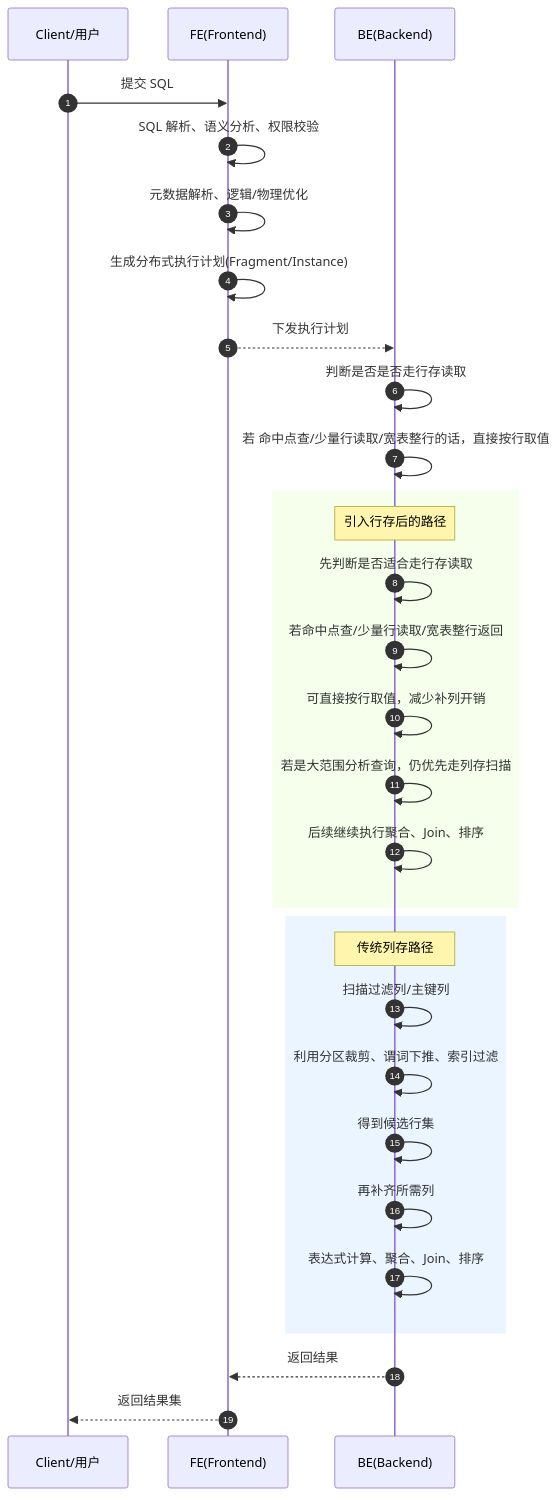
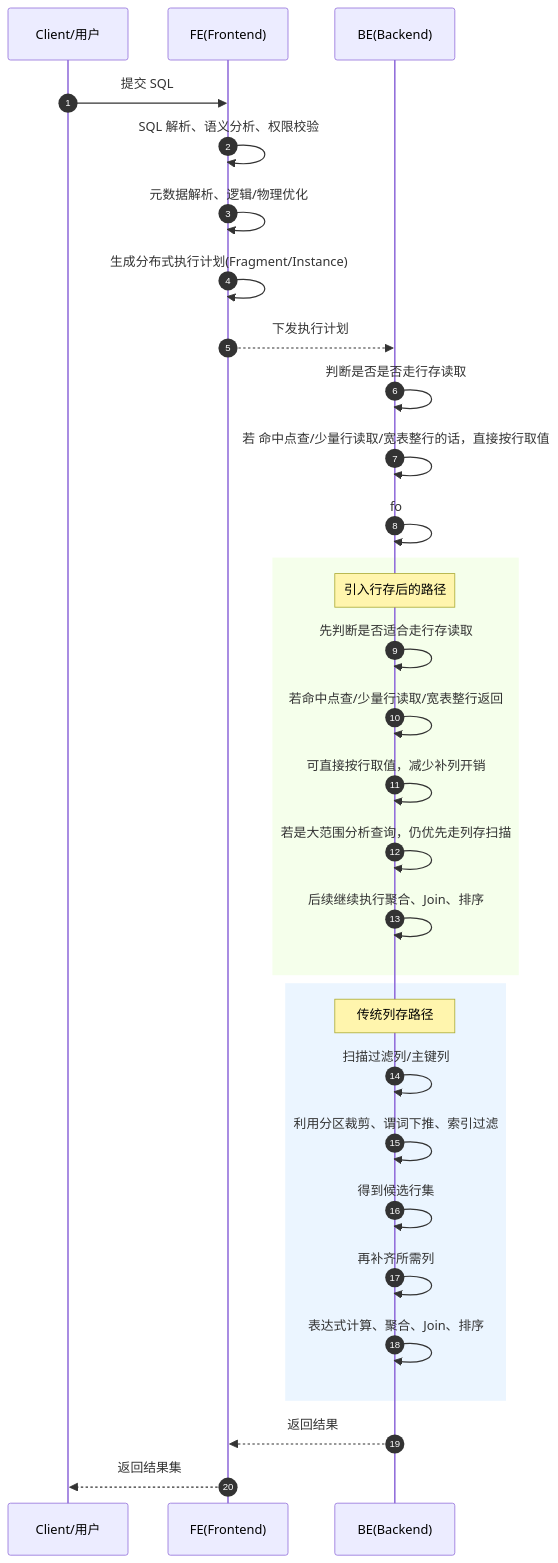
One commit to HY-10-8/iodraw-files changed the diagram in all/未命名-4.md. Above: the diagram before and after it, drawn with Mermaid.

Commit message:
2026-04-22 17:46:06 update

````diff
--- a/all/未命名-4.md
+++ b/all/未命名-4.md
@@ -1,52 +1,52 @@
 ```mermaid
 sequenceDiagram
     autonumber
 
     participant Client as Client/用户
     participant FE as FE(Frontend)
     participant BE as BE(Backend)
     
     Client->>FE: 提交 SQL
     FE->>FE: SQL 解析、语义分析、权限校验
     FE->>FE: 元数据解析、逻辑/物理优化
     FE->>FE: 生成分布式执行计划(Fragment/Instance)
     FE-->>BE: 下发执行计划
 
     BE->>BE: 判断是否是否走行存读取
     BE->>BE: 若 命中点查/少量行读取/宽表整行的话，直接按行取值
-    
+    BE->>BE: fo
 
 
 
 
     rect rgb(245,255,235)
         Note over BE: 引入行存后的路径
         BE->>BE: 先判断是否适合走行存读取
         BE->>BE: 若命中点查/少量行读取/宽表整行返回
         BE->>BE: 可直接按行取值，减少补列开销
         BE->>BE: 若是大范围分析查询，仍优先走列存扫描
         BE->>BE: 后续继续执行聚合、Join、排序
     end
 
 
     rect rgb(235,245,255)
         Note over BE: 传统列存路径
         BE->>BE: 扫描过滤列/主键列
         BE->>BE: 利用分区裁剪、谓词下推、索引过滤
         BE->>BE: 得到候选行集
         BE->>BE: 再补齐所需列
         BE->>BE: 表达式计算、聚合、Join、排序
     end
 
     BE-->>FE: 返回结果
     FE-->>Client: 返回结果集
 
 
 
 
 
 
 
 
 
 ```
````
